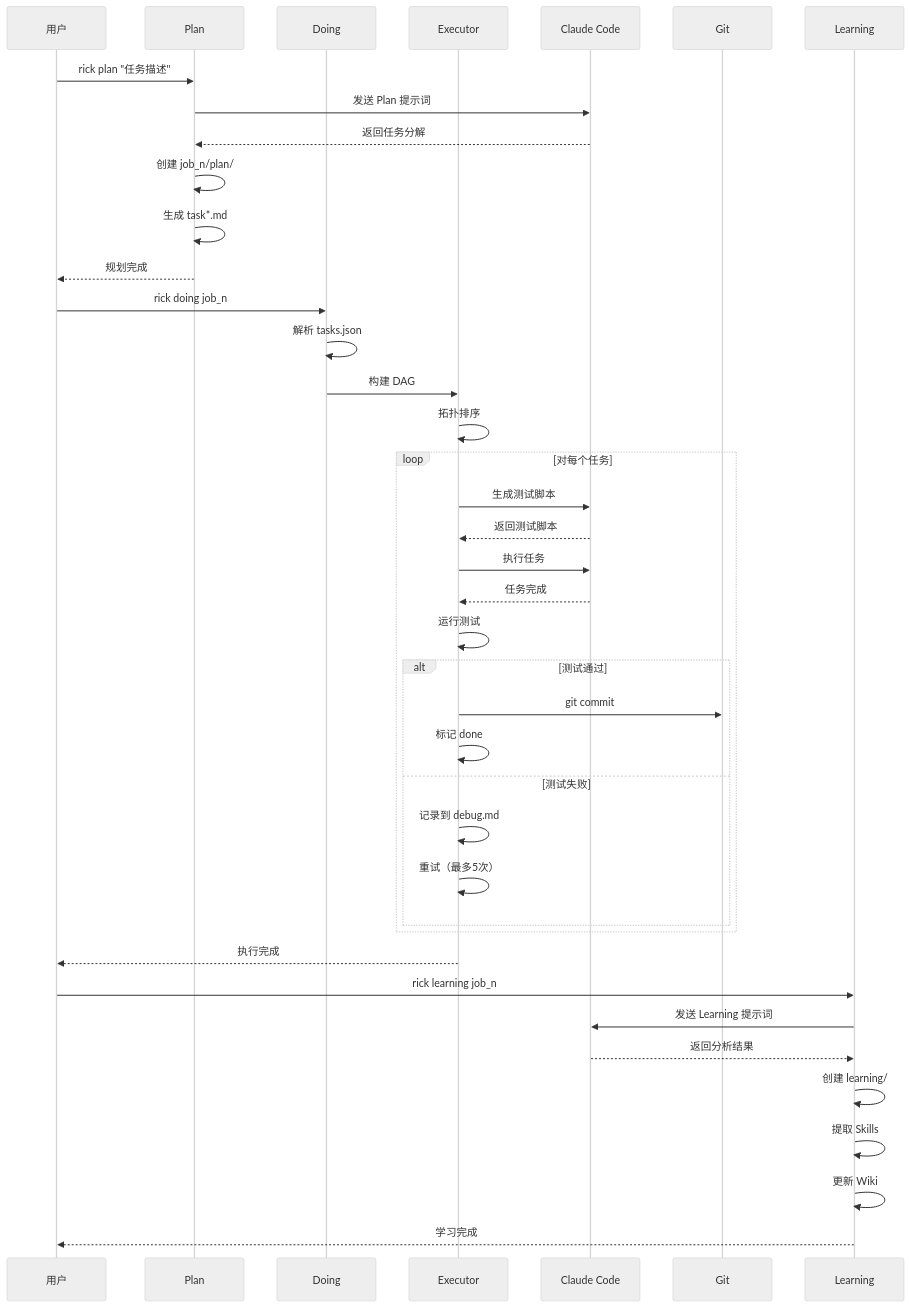
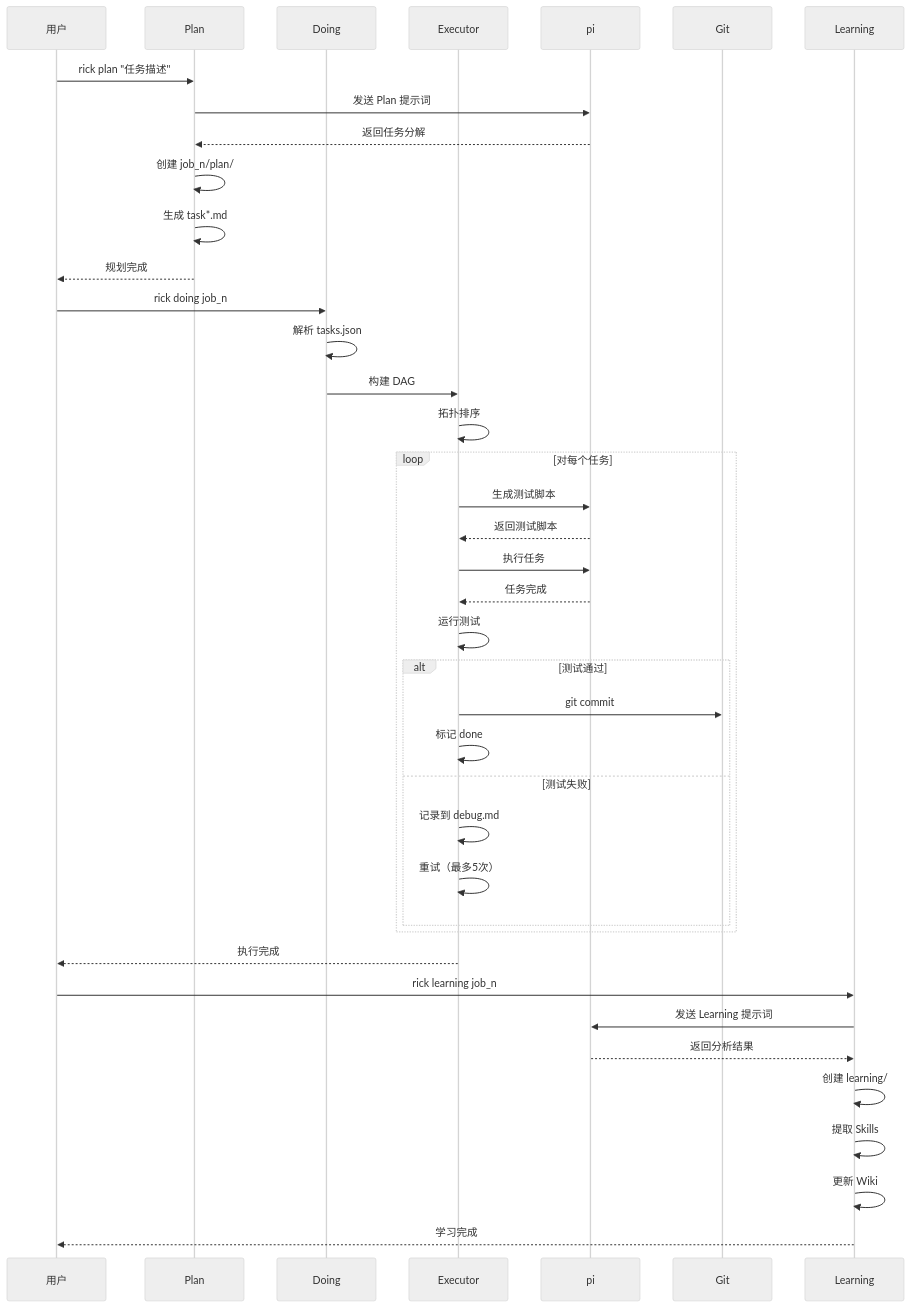
The fourth of 5 diagrams in wiki/architecture.md (logic-math/rick), drawn with Mermaid (neutral theme) before and after one commit. The commit also changed other lines of this file and 43 other files, not shown here.

````diff
--- a/wiki/architecture.md
+++ b/wiki/architecture.md
@@ -286,47 +286,47 @@
 ```mermaid
 sequenceDiagram
     participant U as 用户
     participant P as Plan
     participant D as Doing
     participant E as Executor
-    participant C as Claude Code
+    participant C as pi
     participant G as Git
     participant L as Learning
 
     U->>P: rick plan "任务描述"
     P->>C: 发送 Plan 提示词
     C-->>P: 返回任务分解
     P->>P: 创建 job_n/plan/
     P->>P: 生成 task*.md
     P-->>U: 规划完成
 
     U->>D: rick doing job_n
     D->>D: 解析 tasks.json
     D->>E: 构建 DAG
     E->>E: 拓扑排序
 
     loop 对每个任务
         E->>C: 生成测试脚本
         C-->>E: 返回测试脚本
         E->>C: 执行任务
         C-->>E: 任务完成
         E->>E: 运行测试
         alt 测试通过
             E->>G: git commit
             E->>E: 标记 done
         else 测试失败
             E->>E: 记录到 debug.md
             E->>E: 重试（最多5次）
         end
     end
 
     E-->>U: 执行完成
 
     U->>L: rick learning job_n
     L->>C: 发送 Learning 提示词
     C-->>L: 返回分析结果
     L->>L: 创建 learning/
     L->>L: 提取 Skills
     L->>L: 更新 Wiki
     L-->>U: 学习完成
 ```
````
